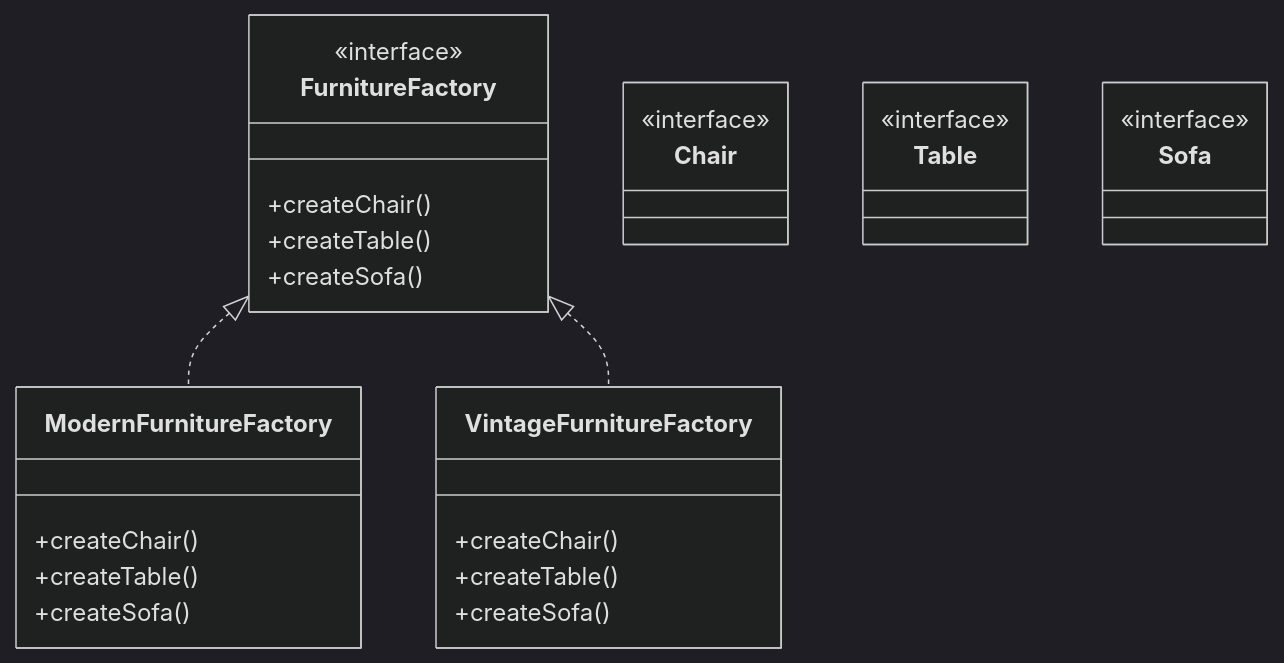
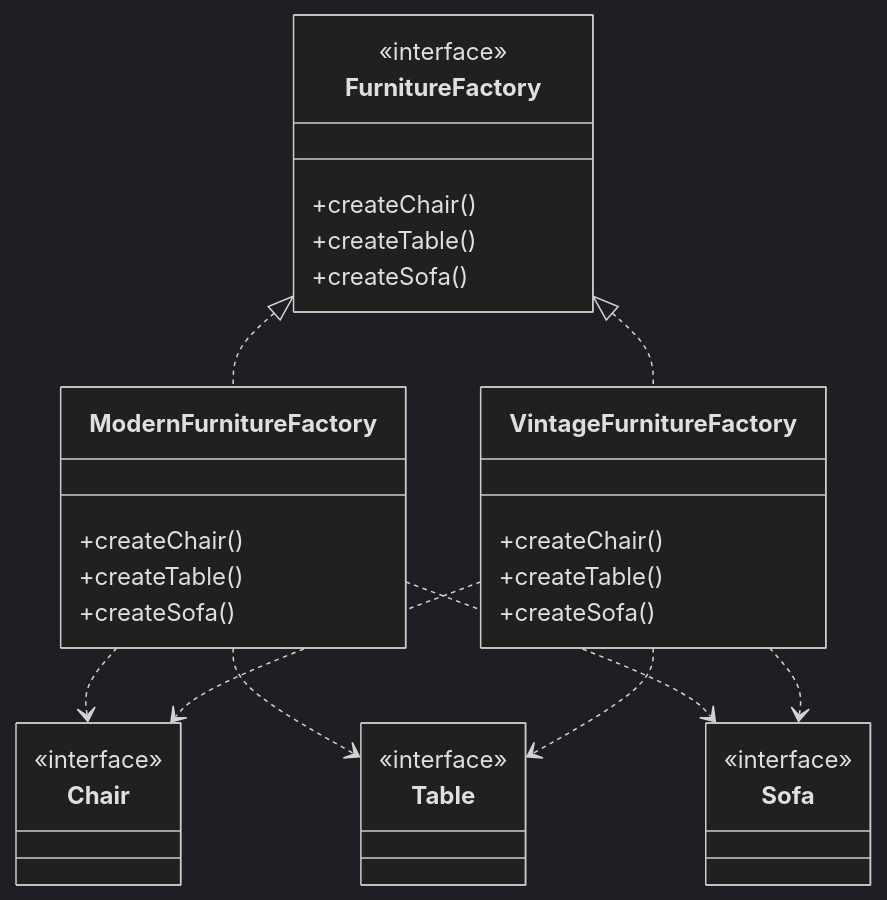
One commit to TechFille006/OOP changed the third of 8 diagrams in design_patterns.md. Above: the diagram before and after it, drawn with Mermaid (dark theme). The commit also changed other lines of this file, not shown here.

````diff
--- a/design_patterns.md
+++ b/design_patterns.md
@@ -78,30 +80,36 @@
 ```mermaid
 classDiagram
     class FurnitureFactory {
         <<interface>>
         +createChair()
         +createTable()
         +createSofa()
     }
     class ModernFurnitureFactory {
         +createChair()
         +createTable()
         +createSofa()
     }
     class VintageFurnitureFactory {
         +createChair()
         +createTable()
         +createSofa()
     }
     class Chair {
         <<interface>>
     }
     class Table {
         <<interface>>
     }
     class Sofa {
         <<interface>>
     }
     FurnitureFactory <|.. ModernFurnitureFactory
     FurnitureFactory <|.. VintageFurnitureFactory
+    ModernFurnitureFactory ..> Chair
+    ModernFurnitureFactory ..> Table
+    ModernFurnitureFactory ..> Sofa
+    VintageFurnitureFactory ..> Chair
+    VintageFurnitureFactory ..> Table
+    VintageFurnitureFactory ..> Sofa
 ```
````
